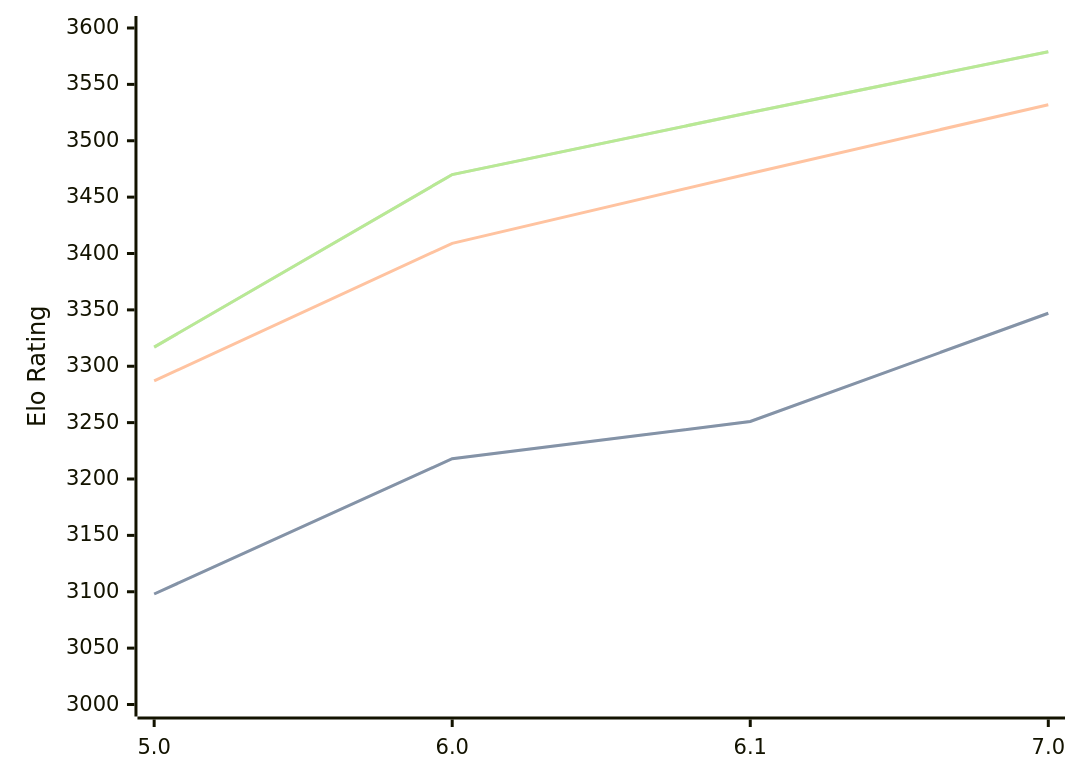
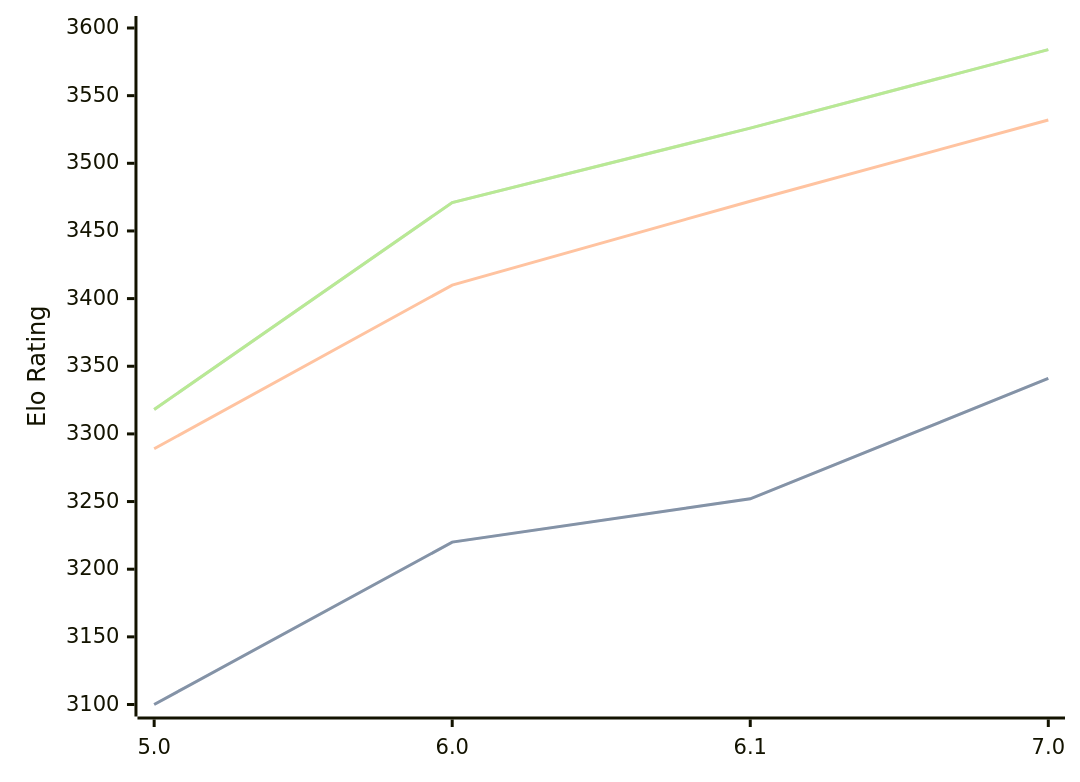
The diagram in engines/PZChessBot.md (computer-chess-index/cci), drawn with Mermaid before and after one commit. The commit also changed other lines of this file, not shown here.

Commit message:
Update CCI Ratings (ELO VLTC) - 2026-05-16

````diff
--- a/engines/PZChessBot.md
+++ b/engines/PZChessBot.md
@@ -43,11 +43,11 @@
 ```mermaid
 %%{init: {"theme":"base","themeVariables":{"seriesColors:['#a3a3a3','#222221','#faa371']}}}%%
 xychart-beta
   x-axis ["5.0", "6.0", "6.1", "7.0"]
-  y-axis "Elo Rating" 3000 --> 3600
-  line "STC (8.0+0.08s)" [3098, 3218, 3251, 3347]
-  line "STC (8.0+0.08s)" [3098, 3218, 3251, 3347]
-  line "LTC (60.0+0.60s)" [3287, 3409, 3471, 3532]
-  line "VLTC (2m24s+1.12s)" [3317, 3470, 3525, 3579]
-  line "VLTC (2m24s+1.12s)" [3317, 3470, 3525, 3579]
+  y-axis "Elo Rating" 3100 --> 3600
+  line "STC (8.0+0.08s)" [3100, 3220, 3252, 3341]
+  line "STC (8.0+0.08s)" [3100, 3220, 3252, 3341]
+  line "LTC (60.0+0.60s)" [3289, 3410, 3472, 3532]
+  line "VLTC (2m24s+1.12s)" [3318, 3471, 3526, 3584]
+  line "VLTC (2m24s+1.12s)" [3318, 3471, 3526, 3584]
 ```
````
